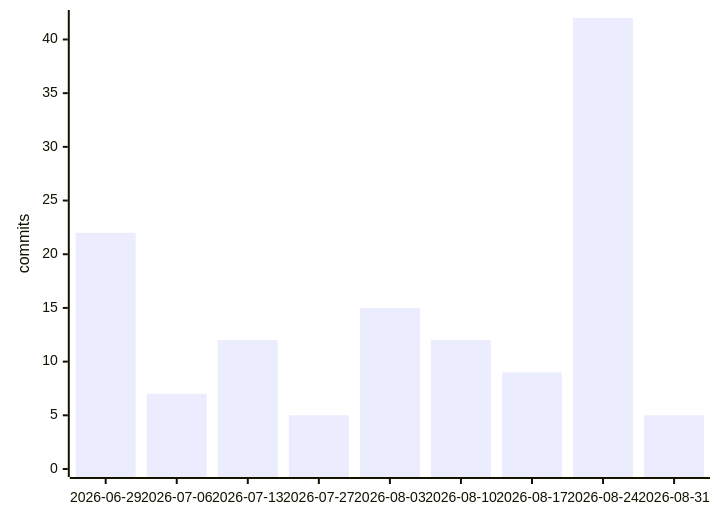
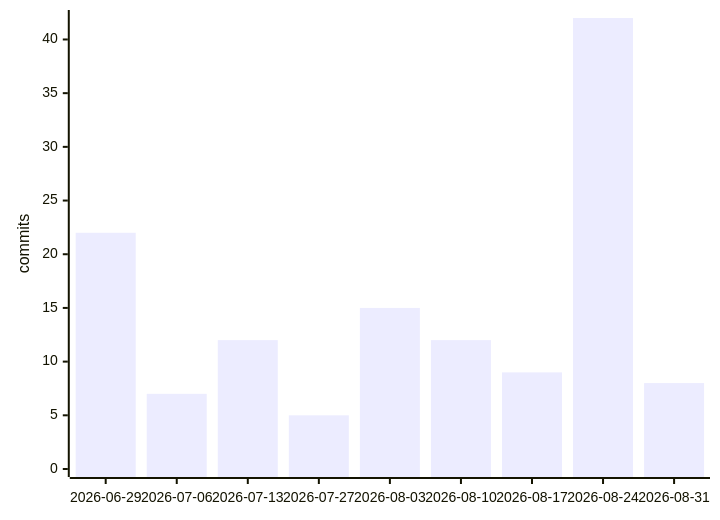
Before and after one commit to Manashjyoti-Bora/Manashjyoti-Bora: the first of 3 diagrams in README.md, drawn with Mermaid. The commit also changed other lines of this file and 5 other files, not shown here.

````diff
--- a/README.md
+++ b/README.md
@@ -163,6 +163,6 @@
 ```mermaid
 xychart-beta
     x-axis ["2026-06-29", "2026-07-06", "2026-07-13", "2026-07-27", "2026-08-03", "2026-08-10", "2026-08-17", "2026-08-24", "2026-08-31"]
     y-axis "commits" 0 --> 42
-    bar [22, 7, 12, 5, 15, 12, 9, 42, 5]
+    bar [22, 7, 12, 5, 15, 12, 9, 42, 8]
 ```
````
